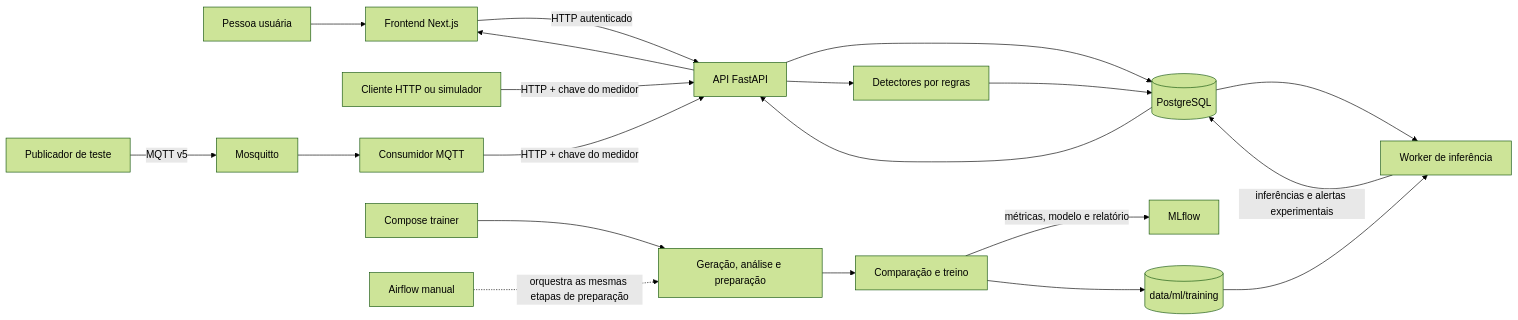
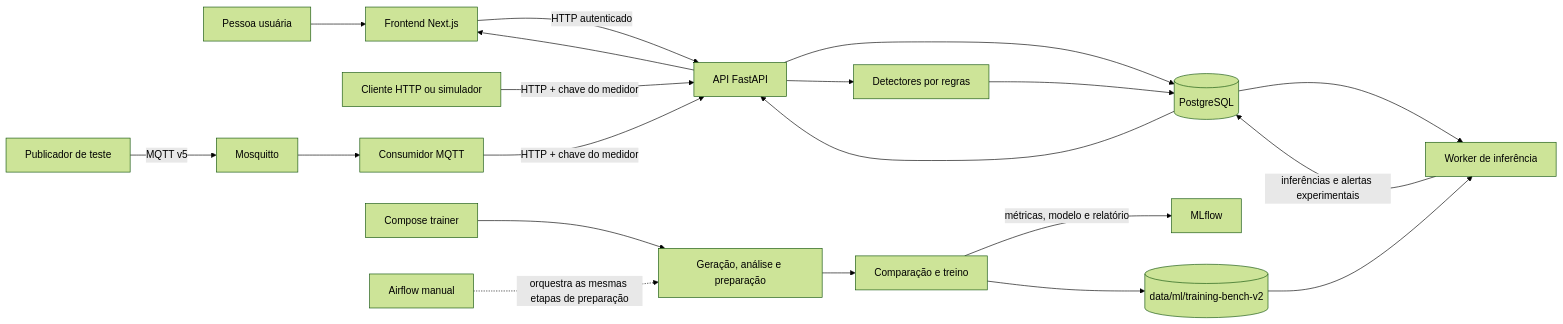
Before and after one commit to GuilhermeRangel1/aquaflow: the first of 2 diagrams in docs/arquitetura.md, drawn with Mermaid (forest theme). The commit also changed other lines of this file and 11 other files, not shown here.

````diff
--- a/docs/arquitetura.md
+++ b/docs/arquitetura.md
@@ -7,22 +7,22 @@
 ```mermaid
 flowchart LR
     Browser[Pessoa usuária] --> Web[Frontend Next.js]
     Web -->|HTTP autenticado| API[API FastAPI]
     Device[Cliente HTTP ou simulador] -->|HTTP + chave do medidor| API
     Publisher[Publicador de teste] -->|MQTT v5| Broker[Mosquitto]
     Broker --> Ingestor[Consumidor MQTT]
     Ingestor -->|HTTP + chave do medidor| API
     API --> DB[(PostgreSQL)]
     API --> Rules[Detectores por regras]
     Rules --> DB
     Compose[Compose trainer] --> Pipeline[Geração, análise e preparação]
     Pipeline --> Trainer[Comparação e treino]
     Trainer -->|métricas, modelo e relatório| MLflow[MLflow]
-    Trainer --> Artifact[(data/ml/training)]
+    Trainer --> Artifact[(data/ml/training-bench-v2)]
     DB --> Worker[Worker de inferência]
     Artifact --> Worker
     Worker -->|inferências e alertas experimentais| DB
     DB --> API
     API --> Web
     Airflow[Airflow manual] -.->|orquestra as mesmas etapas de preparação| Pipeline
 ```
````
